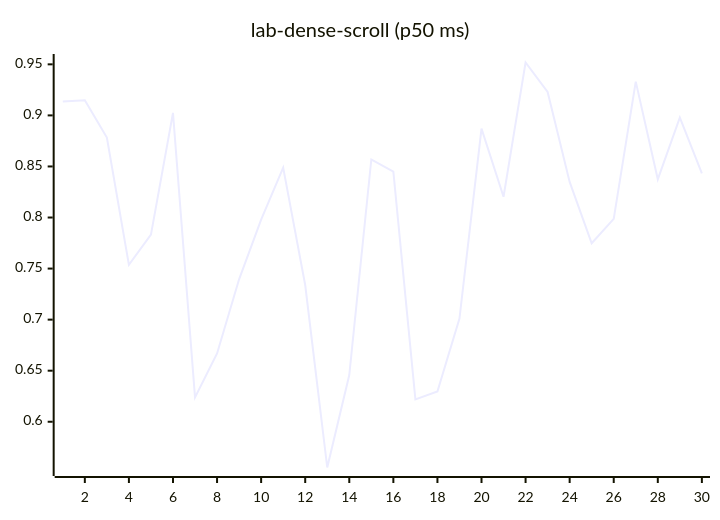
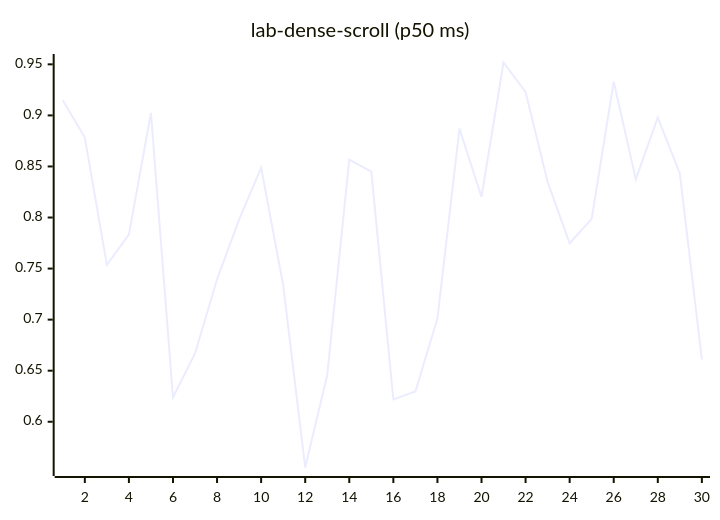
One commit to josha/Facet changed diagram 12 of 27 in README.md. Above: the diagram before and after it, drawn with Mermaid. The commit also changed other lines of this file and 2 other files, not shown here.

````diff
--- a/README.md
+++ b/README.md
@@ -140,6 +140,6 @@
 ```mermaid
 xychart-beta
     title "lab-dense-scroll (p50 ms)"
     x-axis 1 --> 30
-    line [0.9135, 0.9149, 0.8783, 0.7537, 0.7833, 0.9024, 0.6238, 0.6669, 0.7395, 0.7979, 0.8489, 0.7339, 0.5552, 0.6458, 0.8568, 0.8450, 0.6219, 0.6297, 0.7010, 0.8871, 0.8203, 0.9518, 0.9230, 0.8349, 0.7748, 0.7987, 0.9331, 0.8374, 0.8979, 0.8432]
+    line [0.9149, 0.8783, 0.7537, 0.7833, 0.9024, 0.6238, 0.6669, 0.7395, 0.7979, 0.8489, 0.7339, 0.5552, 0.6458, 0.8568, 0.8450, 0.6219, 0.6297, 0.7010, 0.8871, 0.8203, 0.9518, 0.9230, 0.8349, 0.7748, 0.7987, 0.9331, 0.8374, 0.8979, 0.8432, 0.6608]
 ```
````
